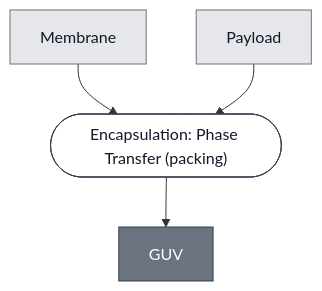
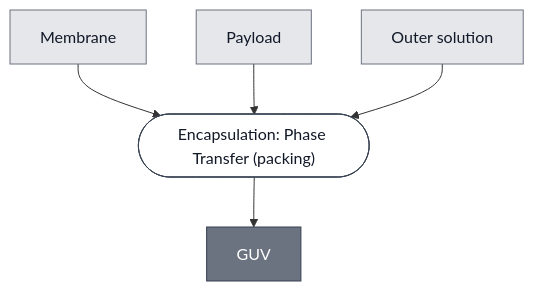
Before and after one commit to nucleus-eng/nucleus-docs: the diagram in docs/modules/guv/spec.md, drawn with Mermaid. The commit also changed 41 other files, not shown here.

````diff
--- a/docs/modules/guv/spec.md
+++ b/docs/modules/guv/spec.md
@@ -37,24 +37,27 @@
 ```mermaid
 flowchart TD
+    OUTER_SOLUTION["Outer solution"]
     MEMBRANE["Membrane"]
     PAYLOAD["Payload"]
 
     P1_CLOSE_THE_BILAYER_AROUND_THE_PAYLOAD_0(["Encapsulation: Phase Transfer (packing)"])
     GUV["GUV"]
 
     MEMBRANE --> P1_CLOSE_THE_BILAYER_AROUND_THE_PAYLOAD_0
     PAYLOAD --> P1_CLOSE_THE_BILAYER_AROUND_THE_PAYLOAD_0
+    OUTER_SOLUTION --> P1_CLOSE_THE_BILAYER_AROUND_THE_PAYLOAD_0
     P1_CLOSE_THE_BILAYER_AROUND_THE_PAYLOAD_0 --> GUV
 
 
     classDef leaf     fill:#e5e7eb,stroke:#6b7280,color:#111827;
     classDef composed fill:#6b7280,stroke:#374151,color:#ffffff;
     classDef process  fill:#ffffff,stroke:#374151,color:#111827;
-    class MEMBRANE,PAYLOAD leaf;
+    class OUTER_SOLUTION,MEMBRANE,PAYLOAD leaf;
     class GUV composed;
     class P1_CLOSE_THE_BILAYER_AROUND_THE_PAYLOAD_0 process;
 
+    click OUTER_SOLUTION "/docs/modules/outer-solution/spec"
     click MEMBRANE "/docs/modules/membrane/spec"
     click P1_CLOSE_THE_BILAYER_AROUND_THE_PAYLOAD_0 "/docs/processes/assemble-base-cell/main"
     click GUV "/docs/modules/guv/spec"
 ```
````
